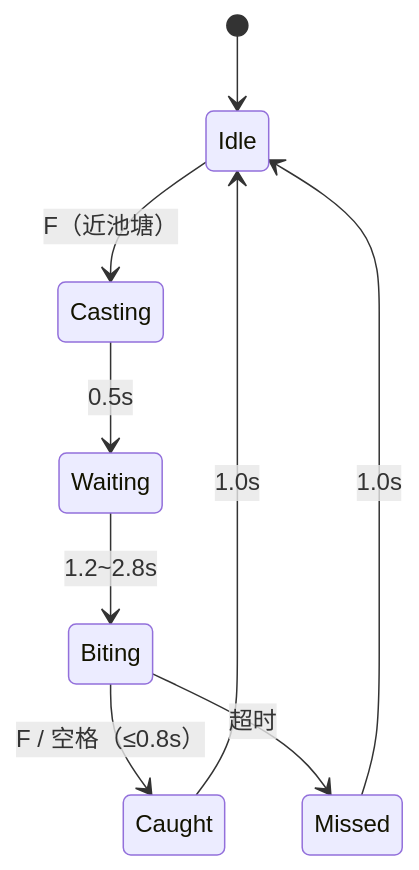
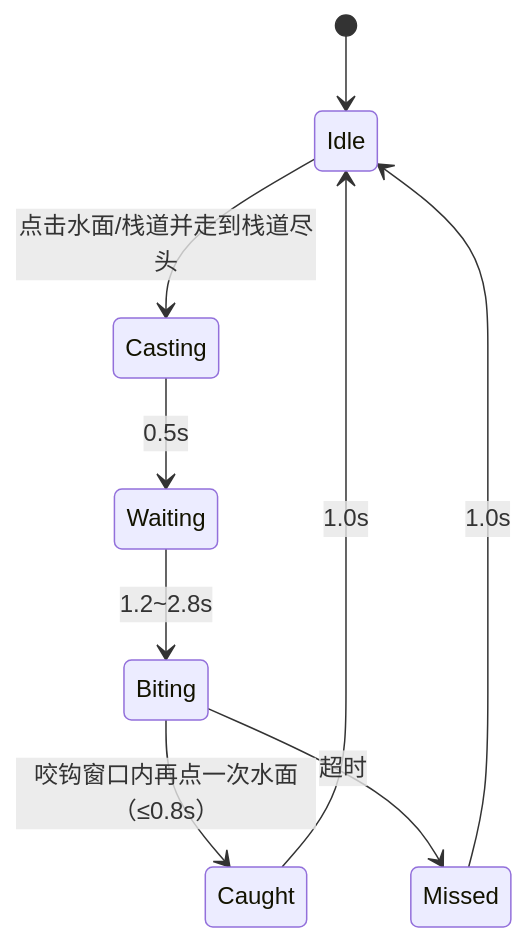
Before and after one commit to zmdld11/SHU-Computer-Graphics: the second of 4 diagrams in docs/期末项目-奶龙农场.md, drawn with Mermaid. The commit also changed other lines of this file and 20 other files, not shown here.

First line of the commit message:
feat(game): 俯视地图、格点移动与镜头 M1 (#64)

````diff
--- a/docs/期末项目-奶龙农场.md
+++ b/docs/期末项目-奶龙农场.md
@@ -298,11 +318,11 @@
 ```mermaid
 stateDiagram-v2
     [*] --> Idle
-    Idle --> Casting: F（近池塘）
+    Idle --> Casting: 点击水面/栈道并走到栈道尽头
     Casting --> Waiting: 0.5s
     Waiting --> Biting: 1.2~2.8s
-    Biting --> Caught: F / 空格（≤0.8s）
+    Biting --> Caught: 咬钩窗口内再点一次水面（≤0.8s）
     Biting --> Missed: 超时
     Caught --> Idle: 1.0s
     Missed --> Idle: 1.0s
 ```
````
